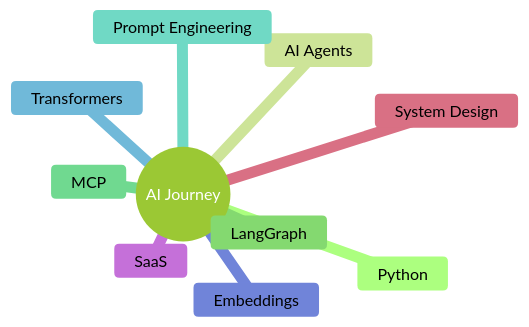
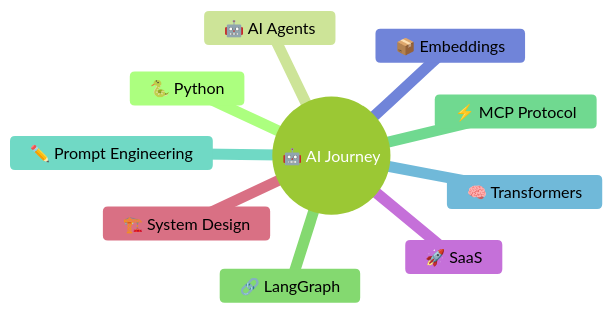
The diagram in README.md (Haafil17/Haafil17), drawn with Mermaid (forest theme) before and after one commit. The commit also changed other lines of this file, not shown here.

````diff
--- a/README.md
+++ b/README.md
@@ -18,13 +23,13 @@
 ```mermaid
 mindmap
-  root((AI Journey))
-    Python
-    AI Agents
-    LangGraph
-    MCP
-    Prompt Engineering
-    Transformers
-    Embeddings
-    SaaS
-    System Design
+  root((🤖 AI Journey))
+    🐍 Python
+    🤖 AI Agents
+    🔗 LangGraph
+    ⚡ MCP Protocol
+    ✏️ Prompt Engineering
+    🧠 Transformers
+    📦 Embeddings
+    🚀 SaaS
+    🏗️ System Design
 ```
````
